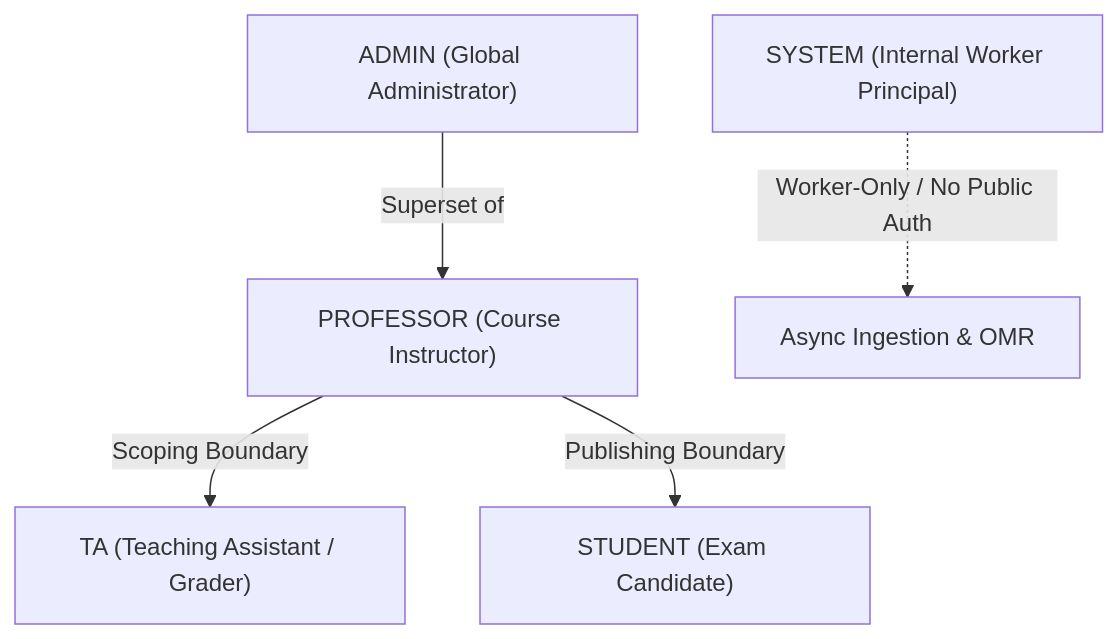
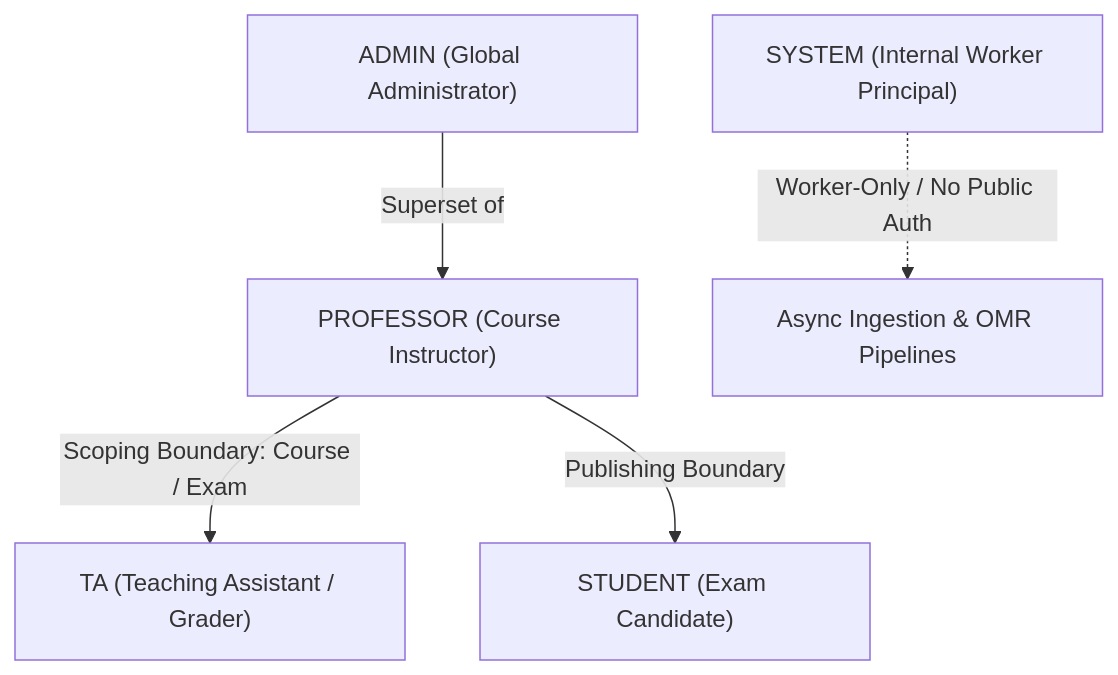
Before and after one commit to Aarathi1535/assignment_evaluation-IIIT-Hyd: the diagram in docs/RBAC_AUDIT_MATRIX.md, drawn with Mermaid. The commit also changed other lines of this file and 1 other file, not shown here.

````diff
--- a/docs/RBAC_AUDIT_MATRIX.md
+++ b/docs/RBAC_AUDIT_MATRIX.md
@@ -19,13 +19,13 @@
 ```mermaid
 flowchart TD
     ADMIN["ADMIN (Global Administrator)"]
     PROFESSOR["PROFESSOR (Course Instructor)"]
     TA["TA (Teaching Assistant / Grader)"]
     STUDENT["STUDENT (Exam Candidate)"]
     SYSTEM["SYSTEM (Internal Worker Principal)"]
 
     ADMIN -->|Superset of| PROFESSOR
-    PROFESSOR -->|Scoping Boundary| TA
+    PROFESSOR -->|Scoping Boundary: Course / Exam| TA
     PROFESSOR -->|Publishing Boundary| STUDENT
-    SYSTEM -.->|Worker-Only / No Public Auth| INGESTION["Async Ingestion & OMR"]
+    SYSTEM -.->|Worker-Only / No Public Auth| INGESTION["Async Ingestion & OMR Pipelines"]
 ```
````
